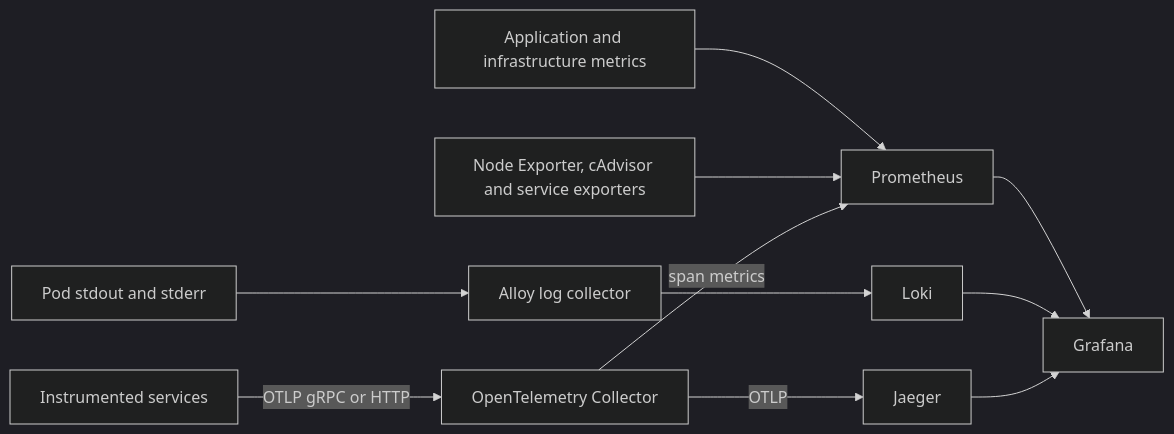
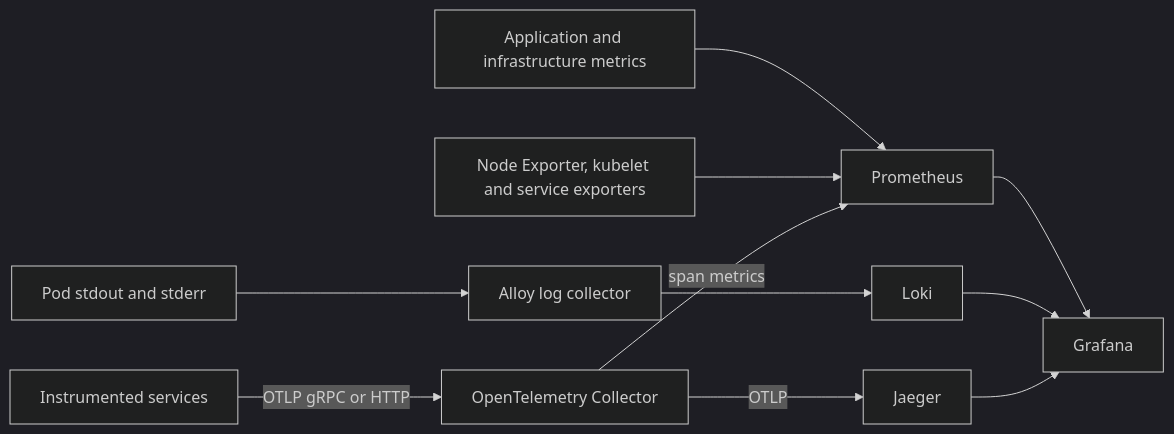
One commit to zlovtnik/ssl-proxy changed the diagram in docs/observability-architecture-jaeger.md. Above: the diagram before and after it, drawn with Mermaid (dark theme). The commit also changed other lines of this file and 6 other files, not shown here.

````diff
--- a/docs/observability-architecture-jaeger.md
+++ b/docs/observability-architecture-jaeger.md
@@ -9,16 +9,16 @@
 ```mermaid
 flowchart LR
     pods[Pod stdout and stderr] --> alloy[Alloy log collector]
     alloy --> loki[Loki]
 
     apps[Application and infrastructure metrics] --> prometheus[Prometheus]
-    exporters[Node Exporter, cAdvisor and service exporters] --> prometheus
+    exporters[Node Exporter, kubelet and service exporters] --> prometheus
 
     instrumented[Instrumented services] -->|OTLP gRPC or HTTP| collector[OpenTelemetry Collector]
     collector -->|OTLP| jaeger[Jaeger]
     collector -->|span metrics| prometheus
 
     prometheus --> grafana[Grafana]
     loki --> grafana
     jaeger --> grafana
 ```
````
